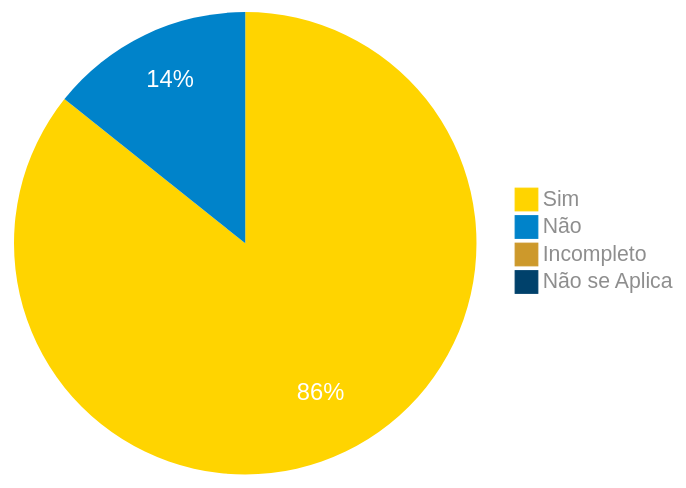
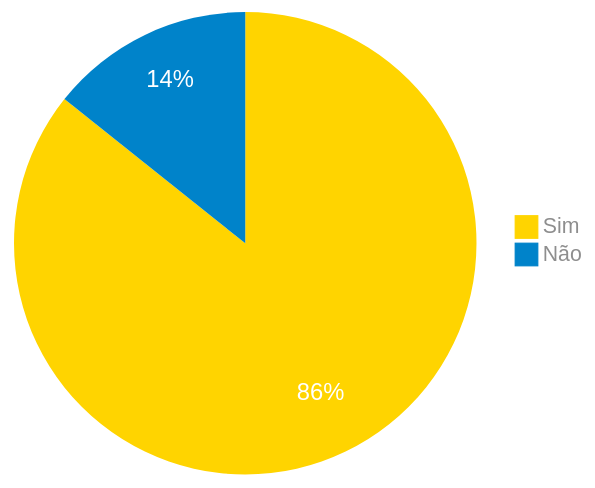
Before and after one commit to claudiohsc/2024.1-Correios: the diagram in docs/verificacao_01/grupo/DAD/nivel1/analise_tarefas/planejamento_avaliacao.md, drawn with Mermaid. The commit also changed 9 other files, not shown here.

````diff
--- a/docs/verificacao_01/grupo/DAD/nivel1/analise_tarefas/planejamento_avaliacao.md
+++ b/docs/verificacao_01/grupo/DAD/nivel1/analise_tarefas/planejamento_avaliacao.md
@@ -82,24 +82,22 @@
 ``` mermaid
 %%{
   init: {
     'theme': 'base',
     'themeVariables': {
         'primaryColor': '#FFD400',
         'secondaryColor': '#0083CA',
         'tertiaryColor': '#CD992B',
         'pie4': '#00416B',
         'primaryTextColor': '#8e8e8e',
         'pieStrokeWidth': '0px',
         'pieOuterStrokeWidth': '0px',
         'pieOpacity': '1',
         'pieSectionTextColor': '#fff',
         'pieSectionTextSize': '19px'
     }
   }
 }%%
 pie
     "Sim" : 6
     "Não" : 1
-    "Incompleto" : 0
-    "Não se Aplica" : 0
 ```
````
